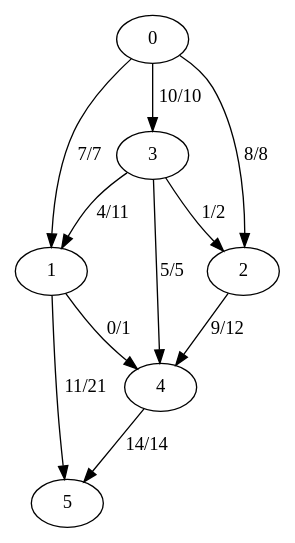
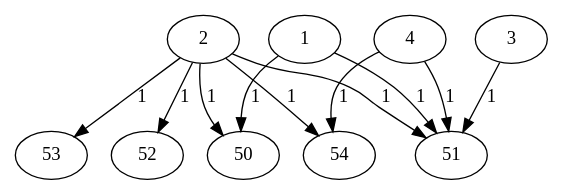
One commit to IgenFlo/Projet_OCaml changed the diagram in graph.dot. Above: the diagram before and after it, drawn with Graphviz. The commit also changed 20 other files, not shown here.

```diff
--- a/graph.dot
+++ b/graph.dot
@@ -1,20 +1,23 @@
 Digraph {
- 0
  1
  2
  3
  4
- 5
+ 50
+ 51
+ 52
+ 53
+ 54
 
- 0 -> 1 [label = "7/7"];
- 0 -> 3 [label = "10/10"];
- 0 -> 2 [label = "8/8"];
- 1 -> 5 [label = "11/21"];
- 1 -> 4 [label = "0/1"];
- 3 -> 1 [label = "4/11"];
- 3 -> 2 [label = "1/2"];
- 3 -> 4 [label = "5/5"];
- 2 -> 4 [label = "9/12"];
- 4 -> 5 [label = "14/14"];
+ 4 -> 54 [label = "1"];
+ 4 -> 51 [label = "1"];
+ 3 -> 51 [label = "1"];
+ 2 -> 54 [label = "1"];
+ 2 -> 53 [label = "1"];
+ 2 -> 52 [label = "1"];
+ 2 -> 51 [label = "1"];
+ 2 -> 50 [label = "1"];
+ 1 -> 51 [label = "1"];
+ 1 -> 50 [label = "1"];
 
 }
```
